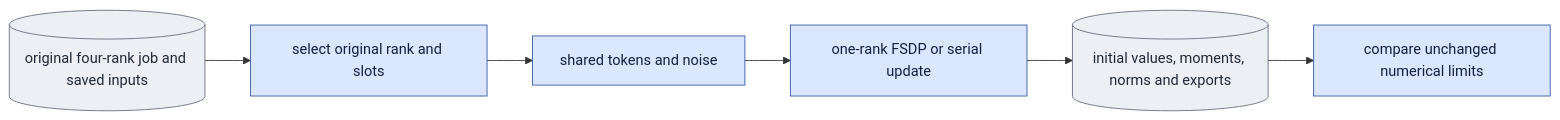
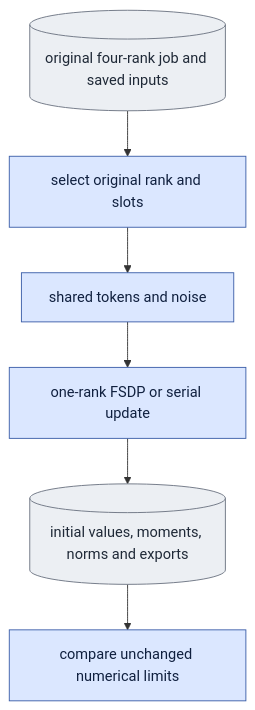
The diagram in scripts/onestep_avatar/doc/experiments/training_slice_check.md (AtlantixJJ/LTX-2), drawn with Mermaid before and after one commit. The commit also changed other lines of this file and 75 other files, not shown here.

````diff
--- a/scripts/onestep_avatar/doc/experiments/training_slice_check.md
+++ b/scripts/onestep_avatar/doc/experiments/training_slice_check.md
@@ -20,12 +20,12 @@
 ```mermaid
-flowchart LR
+flowchart TB
   J[("original four-rank job and saved inputs")] --> V["select original rank and slots"]
   V --> T["shared tokens and noise"]
   T --> F["one-rank FSDP or serial update"]
   F --> G[("initial values, moments, norms and exports")]
   G --> C["compare unchanged numerical limits"]
   classDef proc fill:#dbe7ff,stroke:#3b5ea8,color:#10203f;
   classDef disk fill:#eceff3,stroke:#6b7280,color:#1f2937;
   class V,T,F,C proc;
   class J,G disk;
 ```
````
